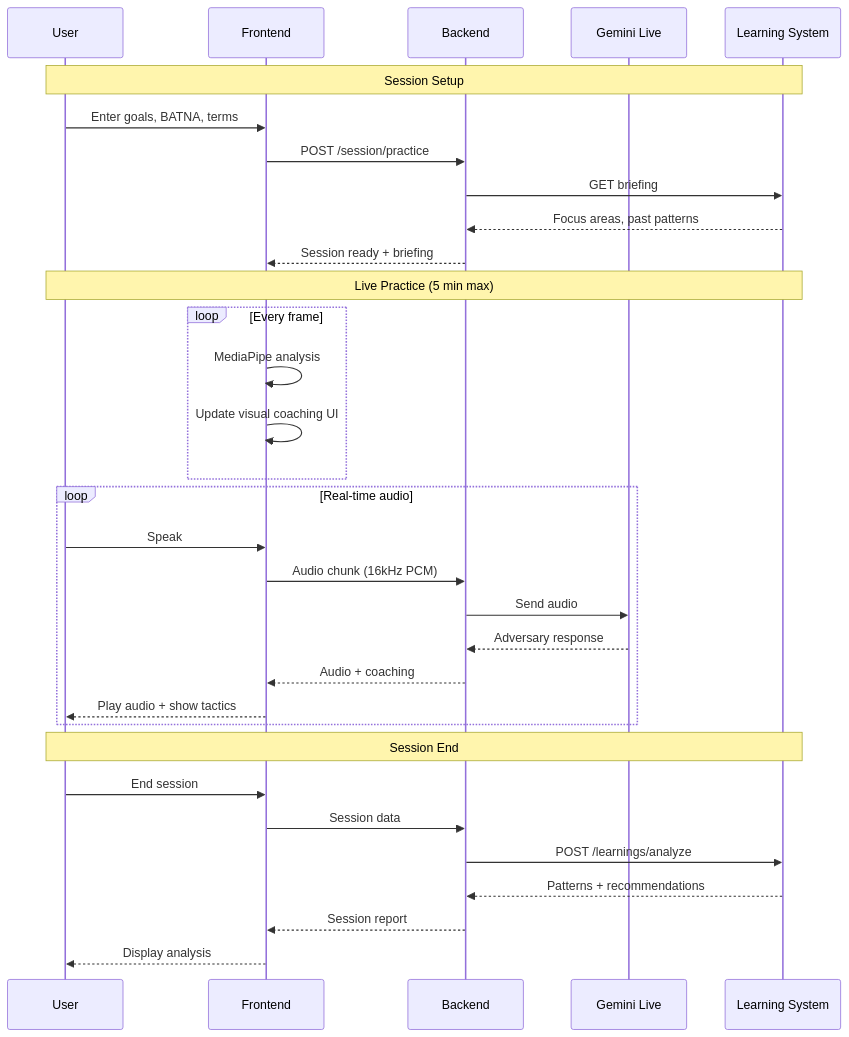
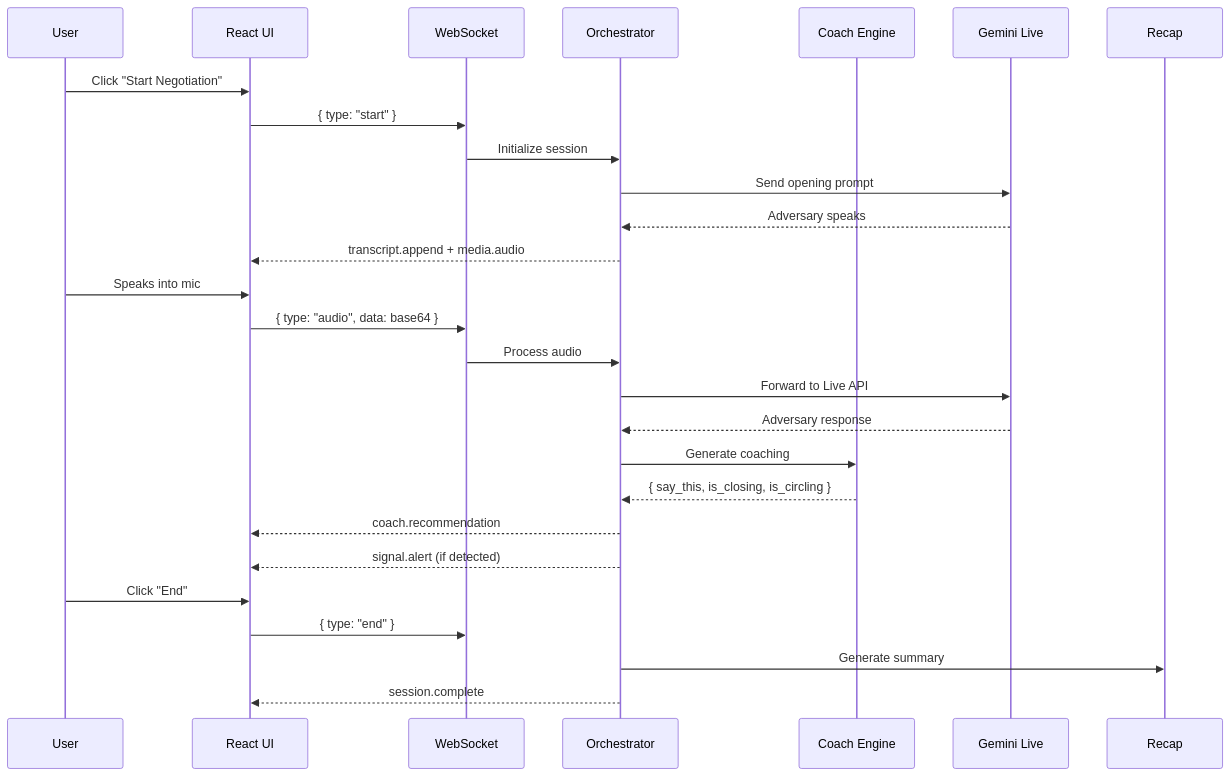
One commit to mmoussaif/devpost-google changed the second of 4 diagrams in AGENTS.md. Above: the diagram before and after it, drawn with Mermaid. The commit also changed other lines of this file and 45 other files, not shown here.

````diff
--- a/AGENTS.md
+++ b/AGENTS.md
@@ -120,38 +56,31 @@
 ```mermaid
 sequenceDiagram
-    participant U as User
-    participant F as Frontend
-    participant B as Backend
-    participant G as Gemini Live
-    participant L as Learning System
+    participant User
+    participant UI as React UI
+    participant WS as WebSocket
+    participant Orch as Orchestrator
+    participant Coach as Coach Engine
+    participant Gemini as Gemini Live
 
-    Note over U,L: Session Setup
-    U->>F: Enter goals, BATNA, terms
-    F->>B: POST /session/practice
-    B->>L: GET briefing
-    L-->>B: Focus areas, past patterns
-    B-->>F: Session ready + briefing
-
-    Note over U,L: Live Practice (5 min max)
-    loop Every frame
-        F->>F: MediaPipe analysis
-        F->>F: Update visual coaching UI
-    end
-
-    loop Real-time audio
-        U->>F: Speak
-        F->>B: Audio chunk (16kHz PCM)
-        B->>G: Send audio
-        G-->>B: Adversary response
-        B-->>F: Audio + coaching
-        F-->>U: Play audio + show tactics
-    end
-
-    Note over U,L: Session End
-    U->>F: End session
-    F->>B: Session data
-    B->>L: POST /learnings/analyze
-    L-->>B: Patterns + recommendations
-    B-->>F: Session report
-    F-->>U: Display analysis
+    User->>UI: Click "Start Negotiation"
+    UI->>WS: { type: "start" }
+    WS->>Orch: Initialize session
+    Orch->>Gemini: Send opening prompt
+    Gemini-->>Orch: Adversary speaks
+    Orch-->>UI: transcript.append + media.audio
+    
+    User->>UI: Speaks into mic
+    UI->>WS: { type: "audio", data: base64 }
+    WS->>Orch: Process audio
+    Orch->>Gemini: Forward to Live API
+    Gemini-->>Orch: Adversary response
+    Orch->>Coach: Generate coaching
+    Coach-->>Orch: { say_this, is_closing, is_circling }
+    Orch-->>UI: coach.recommendation
+    Orch-->>UI: signal.alert (if detected)
+    
+    User->>UI: Click "End"
+    UI->>WS: { type: "end" }
+    Orch->>Recap: Generate summary
+    Orch-->>UI: session.complete
 ```
````
